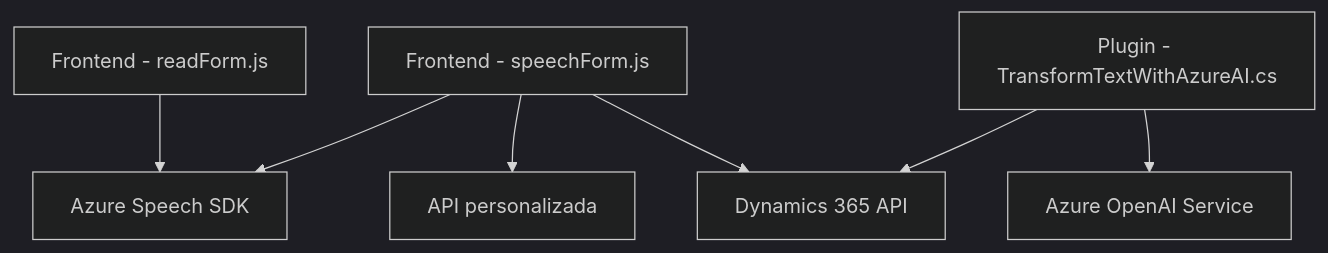
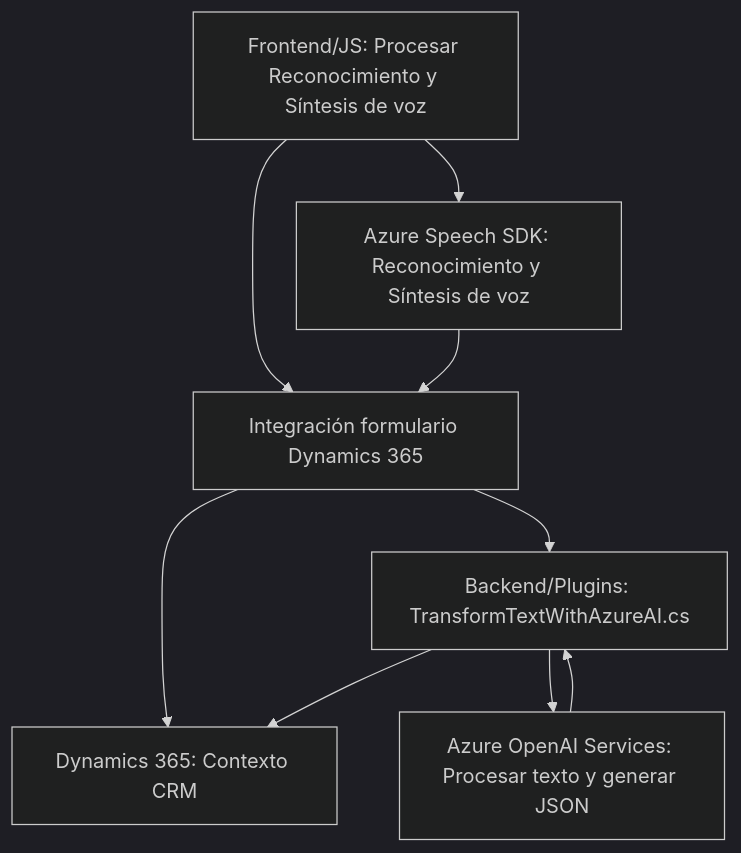
One commit to blopezdm/NETCORE_BILBAO2025 changed the diagram in README.md. Above: the diagram before and after it, drawn with Mermaid (dark theme). The commit also changed other lines of this file, not shown here.

````diff
--- a/README.md
+++ b/README.md
@@ -26,17 +29,18 @@
 ```mermaid
 graph TD
-    A1["Frontend - readForm.js"]
-    A2["Frontend - speechForm.js"]
-    B1["Azure Speech SDK"]
-    B2["API personalizada"]
-    C1["Plugin - TransformTextWithAzureAI.cs"]
-    C2["Azure OpenAI Service"]
-    D1["Dynamics 365 API"]
+    A["Frontend/JS: Procesar Reconocimiento y Síntesis de voz"]
+    B["Azure Speech SDK: Reconocimiento y Síntesis de voz"]
+    C["Integración formulario Dynamics 365"]
+    D["Backend/Plugins: TransformTextWithAzureAI.cs"]
+    E["Azure OpenAI Services: Procesar texto y generar JSON"]
+    F["Dynamics 365: Contexto CRM"]
     
-    A1 --> B1
-    A2 --> B1
-    A2 --> B2
-    A2 --> D1
-    C1 --> C2
-    C1 --> D1
+    A --> B
+    A --> C
+    C --> F
+    B --> C
+    D --> F
+    D --> E
+    C --> D
+    E --> D
 ```
````
